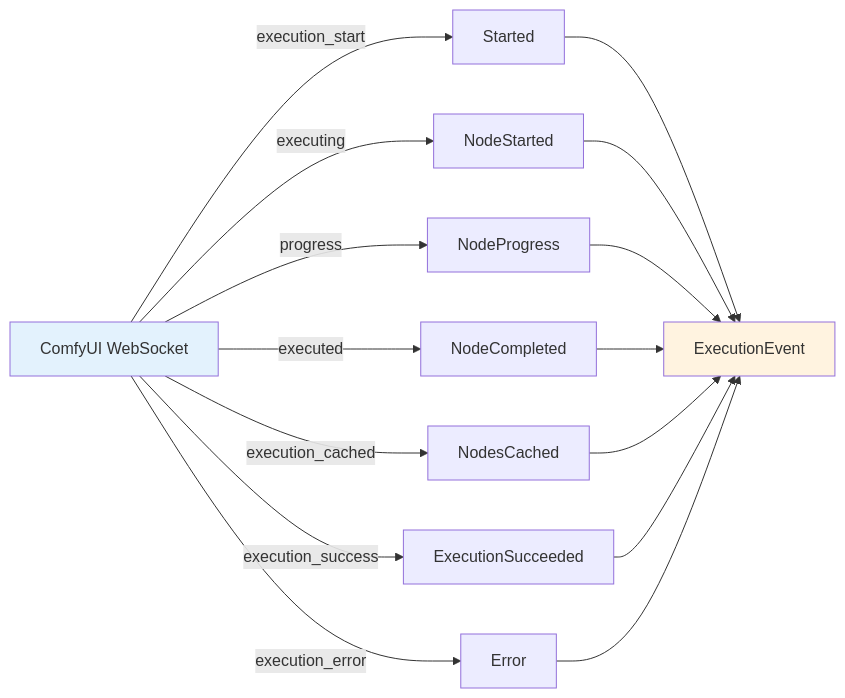
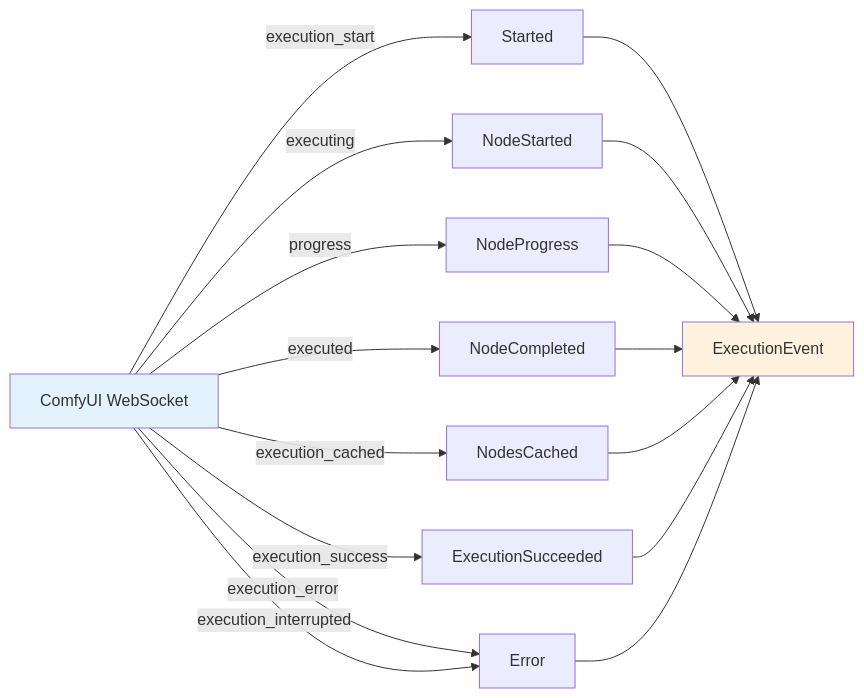
One commit to fengwk/convention4j changed the third of 3 diagrams in convention4j-comfyui/README.md. Above: the diagram before and after it, drawn with Mermaid. The commit also changed other lines of this file and 14 other files, not shown here.

````diff
--- a/convention4j-comfyui/README.md
+++ b/convention4j-comfyui/README.md
@@ -271,21 +303,22 @@
 ```mermaid
 graph LR
     A[ComfyUI WebSocket] -->|execution_start| B[Started]
     A -->|executing| C[NodeStarted]
     A -->|progress| D[NodeProgress]
     A -->|executed| E[NodeCompleted]
     A -->|execution_cached| F[NodesCached]
     A -->|execution_success| G[ExecutionSucceeded]
     A -->|execution_error| H[Error]
+    A -->|execution_interrupted| H
     
     B --> I[ExecutionEvent]
     C --> I
     D --> I
     E --> I
     F --> I
     G --> I
     H --> I
     
     style A fill:#e3f2fd
     style I fill:#fff3e0
 ```
````
